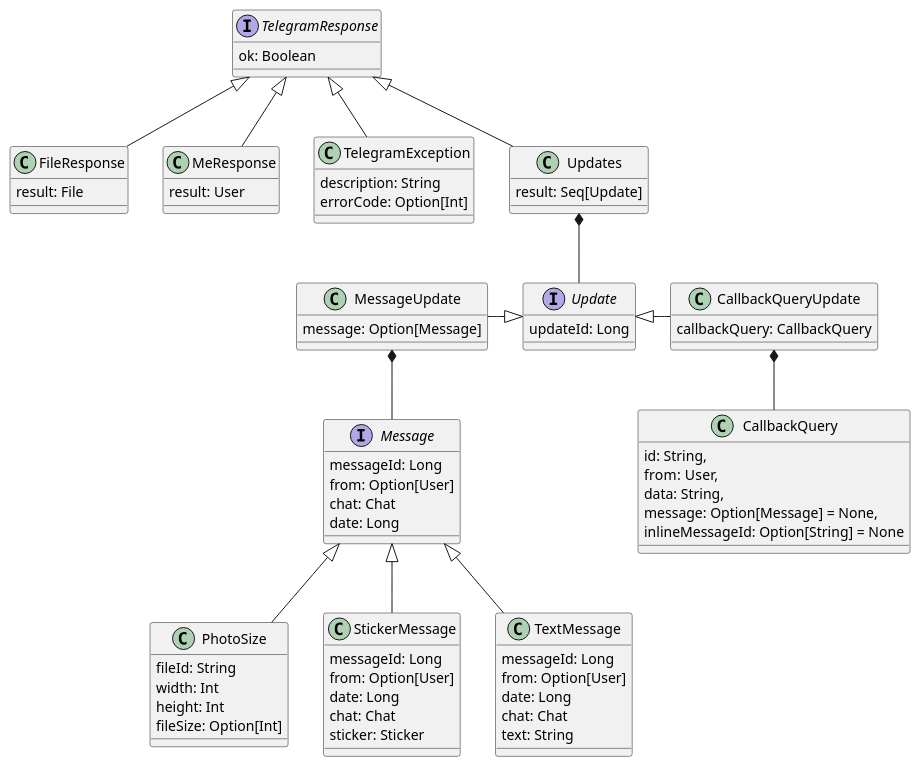
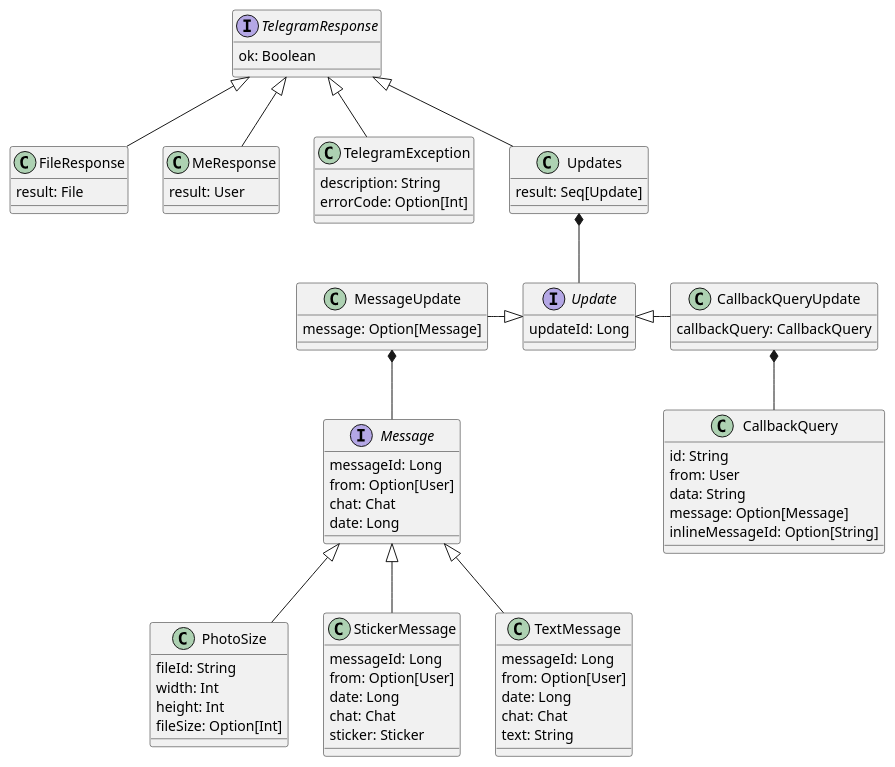
One commit to finagram/finagram changed the diagram in api/uml/TelegramResponses.puml. Above: the diagram before and after it, drawn with PlantUML. The commit also changed 6 other files, not shown here.

Commit message:
add uml for answers

```diff
--- a/api/uml/TelegramResponses.puml
+++ b/api/uml/TelegramResponses.puml
@@ -1,88 +1,88 @@
 @startuml
 
 interface TelegramResponse {
     ok: Boolean
 }
 
 class FileResponse {
     result: File
 }
 
 class MeResponse {
     result: User
 }
 
 class TelegramException {
     description: String
     errorCode: Option[Int]
 }
 
 class Updates {
     result: Seq[Update]
 }
 
 interface Update {
     updateId: Long
 }
 
 class MessageUpdate {
     message: Option[Message]
 }
 
 class CallbackQueryUpdate {
     callbackQuery: CallbackQuery
 }
 
 TelegramException -up-|> TelegramResponse
 FileResponse -up-|> TelegramResponse
 MeResponse -up-|> TelegramResponse
 Updates -up-|> TelegramResponse
 Updates *-down- Update
 MessageUpdate -right-|> Update
 MessageUpdate *-down- Message
 CallbackQueryUpdate -left-|> Update
 CallbackQueryUpdate *-down- CallbackQuery
 
 interface Message {
    messageId: Long
    from: Option[User]
    chat: Chat
    date: Long
 }
 
 class PhotoSize {
     fileId: String
     width: Int
     height: Int
     fileSize: Option[Int]
 }
 
 class StickerMessage {
     messageId: Long
     from: Option[User]
     date: Long
     chat: Chat
     sticker: Sticker
 }
 
 class TextMessage {
  messageId: Long
  from: Option[User]
  date: Long
  chat: Chat
  text: String
 }
 
 TextMessage -up-|> Message
 PhotoSize  -up-|> Message
 StickerMessage -up-|> Message
 
 class CallbackQuery {
-  id: String,
-  from: User,
-  data: String,
-  message: Option[Message] = None,
-  inlineMessageId: Option[String] = None
+  id: String
+  from: User
+  data: String
+  message: Option[Message]
+  inlineMessageId: Option[String]
 }
 
 @enduml
```
